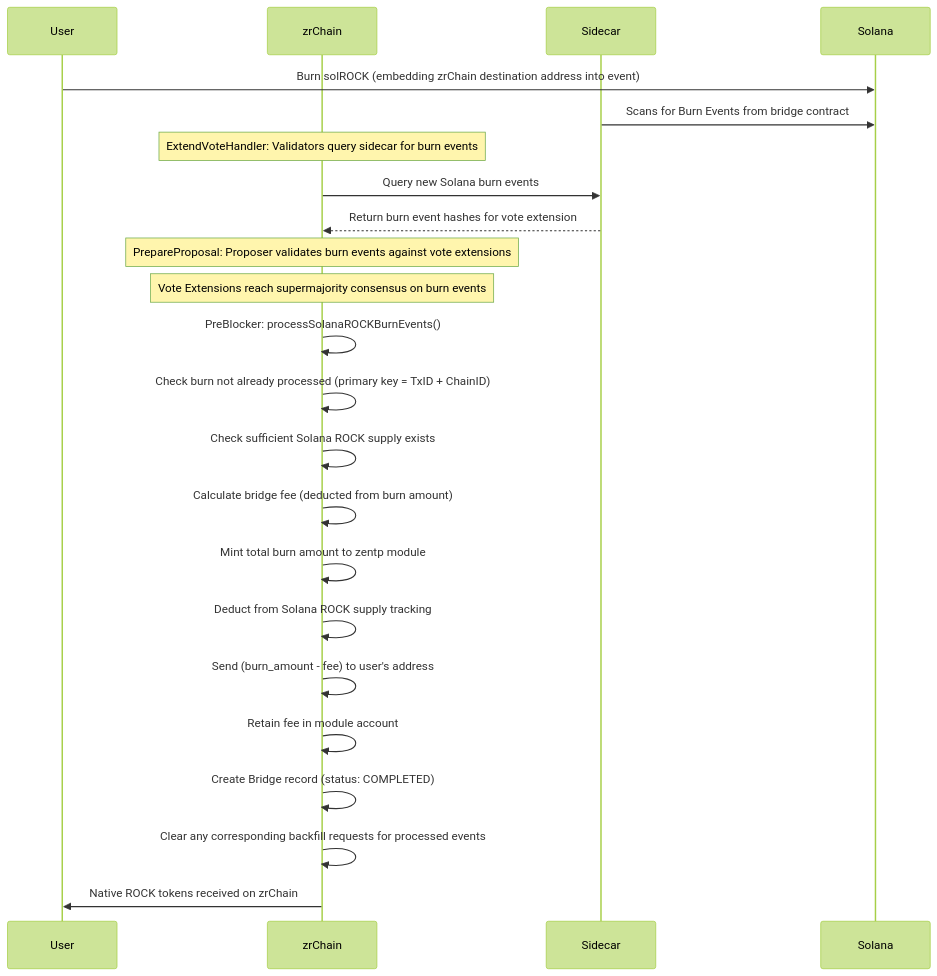
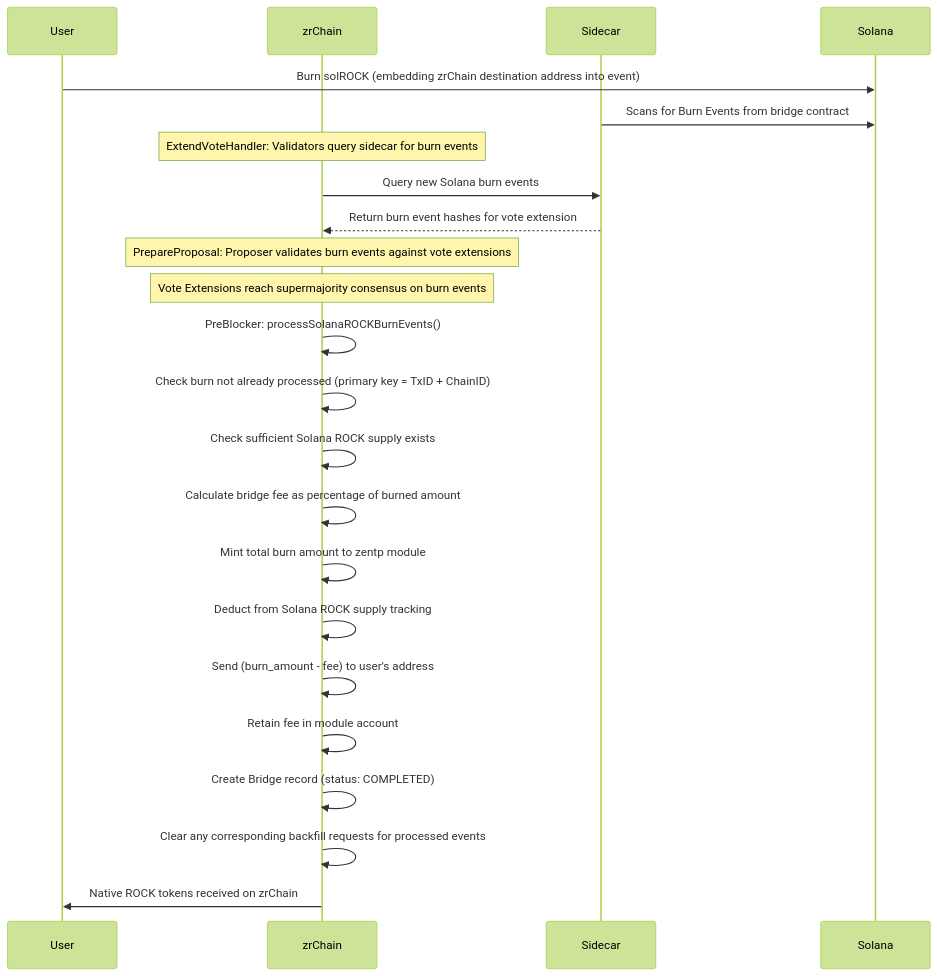
One commit to zenrocklabs/zrchain changed the fourth of 4 diagrams in docs/README.md. Above: the diagram before and after it, drawn with Mermaid (forest theme). The commit also changed other lines of this file, not shown here.

````diff
--- a/docs/README.md
+++ b/docs/README.md
@@ -371,27 +373,27 @@
 ```mermaid
 sequenceDiagram
     participant User
     participant zrChain
     participant Sidecar
     participant Solana
 
     User->>Solana: Burn solROCK (embedding zrChain destination address into event)
     Sidecar->>Solana: Scans for Burn Events from bridge contract
     Note over zrChain: ExtendVoteHandler: Validators query sidecar for burn events
     zrChain->>Sidecar: Query new Solana burn events
     Sidecar-->>zrChain: Return burn event hashes for vote extension
     Note over zrChain: PrepareProposal: Proposer validates burn events against vote extensions
     Note over zrChain: Vote Extensions reach supermajority consensus on burn events
 
     zrChain->>zrChain: PreBlocker: processSolanaROCKBurnEvents()
     zrChain->>zrChain: Check burn not already processed (primary key = TxID + ChainID)
     zrChain->>zrChain: Check sufficient Solana ROCK supply exists
-    zrChain->>zrChain: Calculate bridge fee (deducted from burn amount)
+    zrChain->>zrChain: Calculate bridge fee as percentage of burned amount
     zrChain->>zrChain: Mint total burn amount to zentp module
     zrChain->>zrChain: Deduct from Solana ROCK supply tracking
     zrChain->>zrChain: Send (burn_amount - fee) to user's address
     zrChain->>zrChain: Retain fee in module account
     zrChain->>zrChain: Create Bridge record (status: COMPLETED)
     zrChain->>zrChain: Clear any corresponding backfill requests for processed events
     zrChain->>User: Native ROCK tokens received on zrChain
 ```
````
